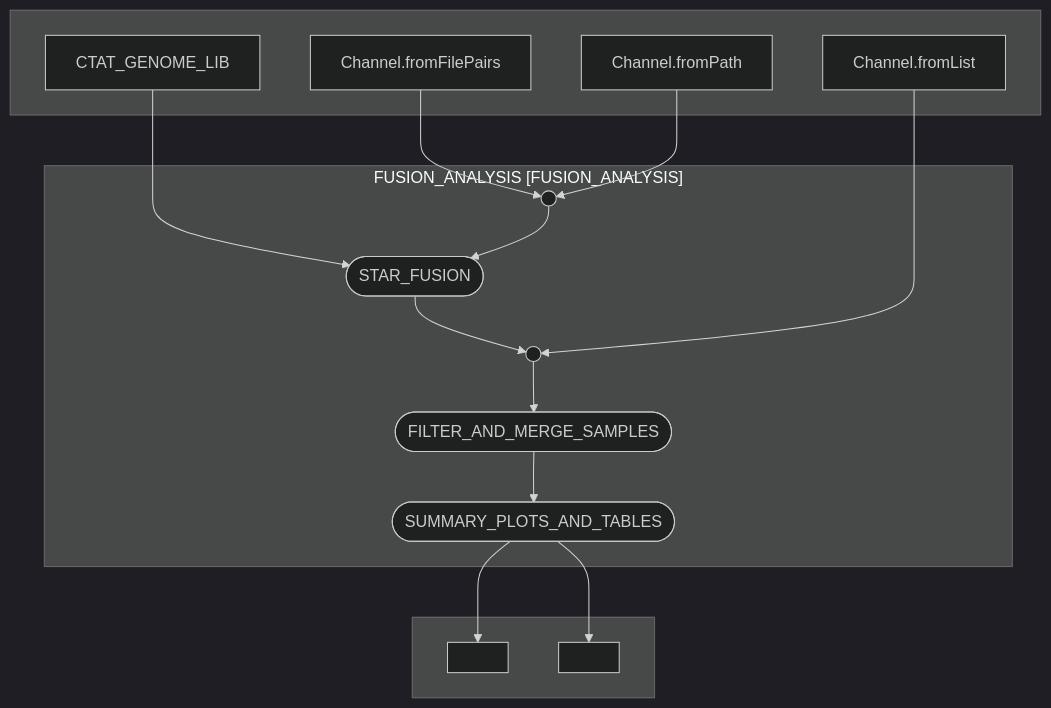
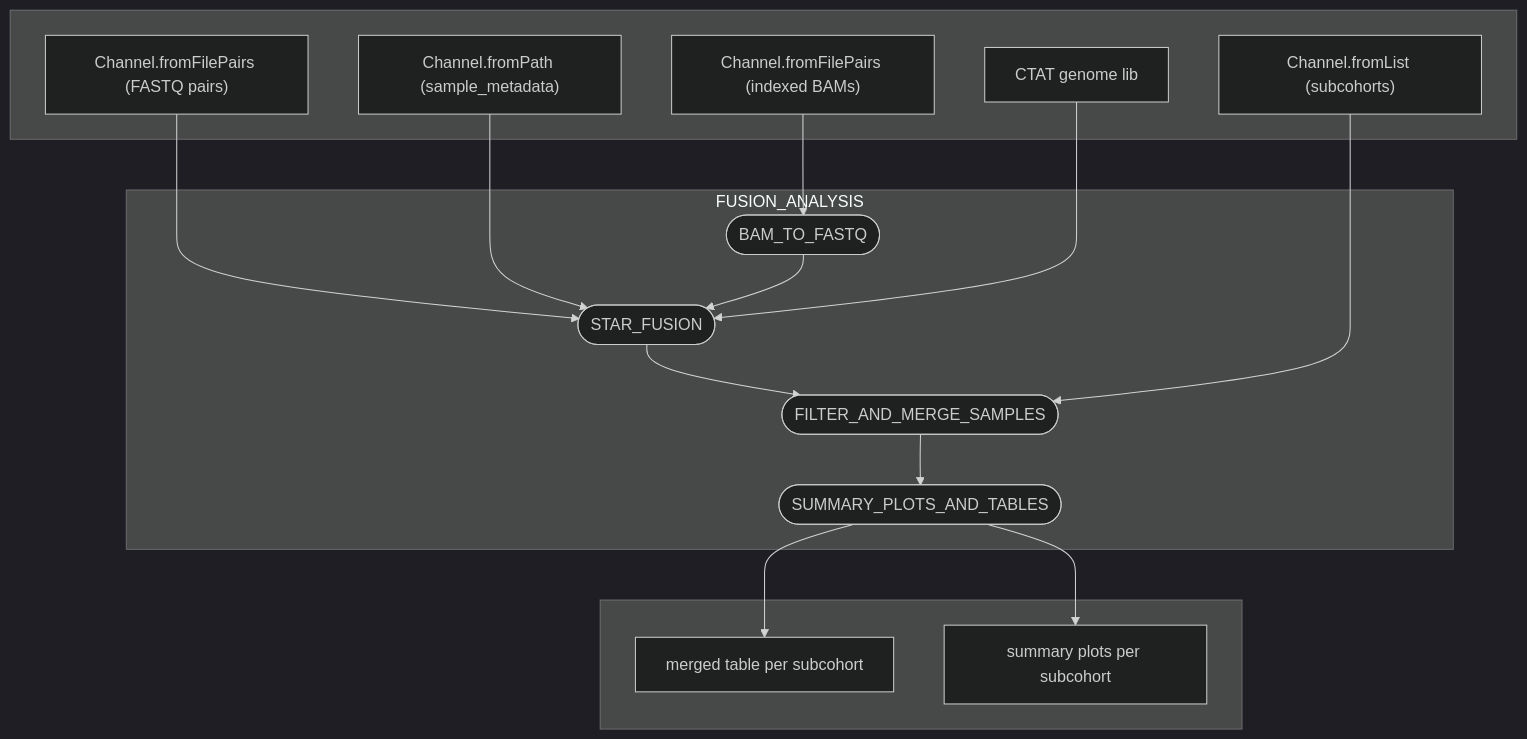
Before and after one commit to team113sanger/dermatlas_rnafusions_nf: the diagram in README.md, drawn with Mermaid (dark theme). The commit also changed other lines of this file and 2 other files, not shown here.

Commit message:
Ready for merge- final checks

````diff
--- a/README.md
+++ b/README.md
@@ -81,30 +85,30 @@
 ```mermaid
 flowchart TB
-    subgraph " "
-    v0["Channel.fromFilePairs"]
-    v2["Channel.fromPath"]
-    v7["CTAT_GENOME_LIB"]
-    v12["Channel.fromList"]
+    subgraph inputs [" "]
+    v0["Channel.fromFilePairs (FASTQ pairs)"]
+    v2["Channel.fromPath (sample_metadata)"]
+    vb["Channel.fromFilePairs (indexed BAMs)"]
+    v7["CTAT genome lib"]
+    v12["Channel.fromList (subcohorts)"]
     end
-    subgraph "FUSION_ANALYSIS [FUSION_ANALYSIS]"
+    subgraph FUSION_ANALYSIS [FUSION_ANALYSIS]
+    vbf(["BAM_TO_FASTQ"])
     v8(["STAR_FUSION"])
     v18(["FILTER_AND_MERGE_SAMPLES"])
     v19(["SUMMARY_PLOTS_AND_TABLES"])
-    v1(( ))
-    v9(( ))
     end
-    subgraph " "
-    v20[" "]
-    v21[" "]
+    subgraph outputs [" "]
+    v20["merged table per subcohort"]
+    v21["summary plots per subcohort"]
     end
-    v0 --> v1
-    v2 --> v1
+    v0 --> v8
+    v2 --> v8
+    vb --> vbf
+    vbf --> v8
     v7 --> v8
-    v1 --> v8
-    v8 --> v9
-    v12 --> v9
-    v9 --> v18
+    v8 --> v18
+    v12 --> v18
     v18 --> v19
+    v19 --> v20
     v19 --> v21
-    v19 --> v20
 ```
````
